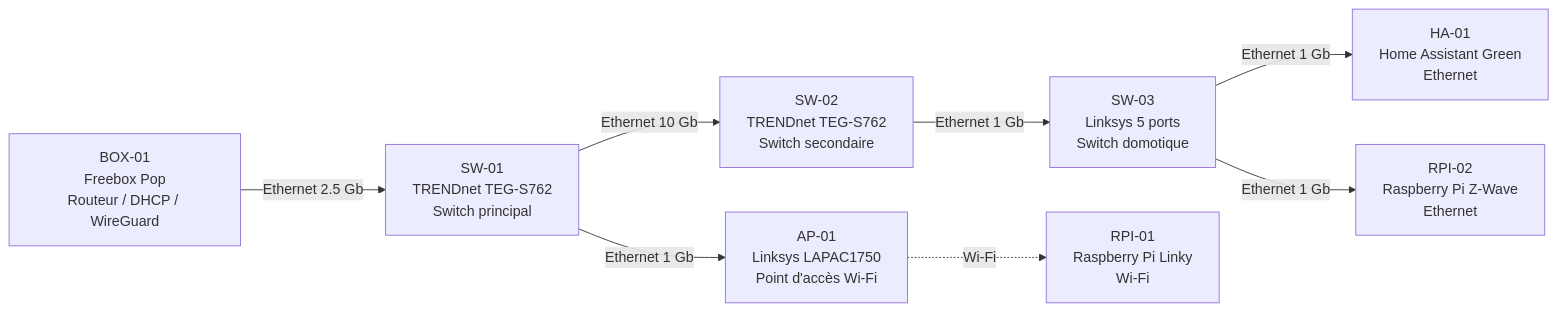
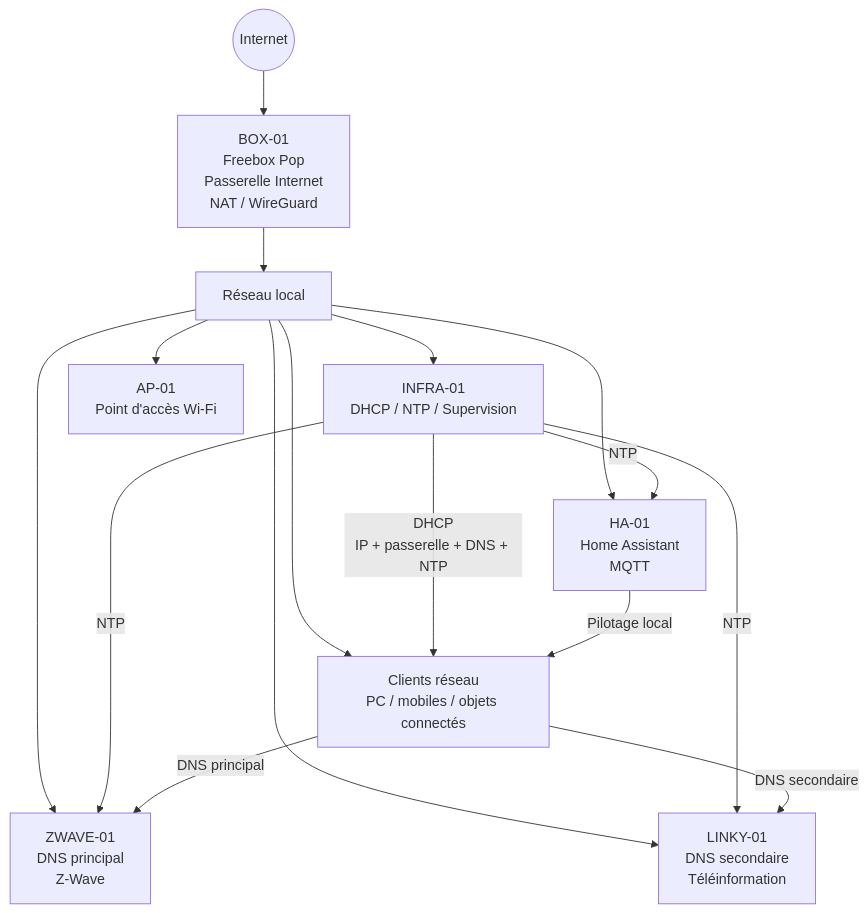
The diagram in diagrams/physical/DGM-002-Topologie-Reseau.mmd (cedric-HAOS/Ohanna-House), drawn with Mermaid before and after one commit. The commit also changed 15 other files, not shown here.

First line of the commit message:
Sprint 3 - INFRA-01 : DHCP, NTP et synchronisation DNS

```diff
--- a/diagrams/physical/DGM-002-Topologie-Reseau.mmd
+++ b/diagrams/physical/DGM-002-Topologie-Reseau.mmd
@@ -1,17 +1,39 @@
-flowchart LR
-    BOX["BOX-01<br/>Freebox Pop<br/>Routeur / DHCP / WireGuard"]
-    SW1["SW-01<br/>TRENDnet TEG-S762<br/>Switch principal"]
-    SW2["SW-02<br/>TRENDnet TEG-S762<br/>Switch secondaire"]
-    SW3["SW-03<br/>Linksys 5 ports<br/>Switch domotique"]
-    AP["AP-01<br/>Linksys LAPAC1750<br/>Point d'accès Wi-Fi"]
-    HA["HA-01<br/>Home Assistant Green<br/>Ethernet"]
-    RPI_ZWAVE["RPI-02<br/>Raspberry Pi Z-Wave<br/>Ethernet"]
-    RPI_LINKY["RPI-01<br/>Raspberry Pi Linky<br/>Wi-Fi"]
+flowchart TD
+    Internet((Internet))
 
-    BOX -- "Ethernet 2.5 Gb" --> SW1
-    SW1 -- "Ethernet 10 Gb" --> SW2
-    SW2 -- "Ethernet 1 Gb" --> SW3
-    SW1 -- "Ethernet 1 Gb" --> AP
-    SW3 -- "Ethernet 1 Gb" --> HA
-    SW3 -- "Ethernet 1 Gb" --> RPI_ZWAVE
-    AP -. "Wi-Fi" .-> RPI_LINKY
+    BOX["BOX-01<br/>Freebox Pop<br/>Passerelle Internet<br/>NAT / WireGuard"]
+
+    LAN["Réseau local"]
+
+    INFRA["INFRA-01<br/>DHCP / NTP / Supervision"]
+
+    ZWAVE["ZWAVE-01<br/>DNS principal<br/>Z-Wave"]
+
+    LINKY["LINKY-01<br/>DNS secondaire<br/>Téléinformation"]
+
+    HA["HA-01<br/>Home Assistant<br/>MQTT"]
+
+    AP["AP-01<br/>Point d'accès Wi-Fi"]
+
+    CLIENTS["Clients réseau<br/>PC / mobiles / objets connectés"]
+
+    Internet --> BOX
+    BOX --> LAN
+
+    LAN --> INFRA
+    LAN --> ZWAVE
+    LAN --> LINKY
+    LAN --> HA
+    LAN --> AP
+    LAN --> CLIENTS
+
+    INFRA -- "DHCP<br/>IP + passerelle + DNS + NTP" --> CLIENTS
+
+    INFRA -- "NTP" --> HA
+    INFRA -- "NTP" --> ZWAVE
+    INFRA -- "NTP" --> LINKY
+
+    CLIENTS -- "DNS principal" --> ZWAVE
+    CLIENTS -- "DNS secondaire" --> LINKY
+
+    HA -- "Pilotage local" --> CLIENTS
```
